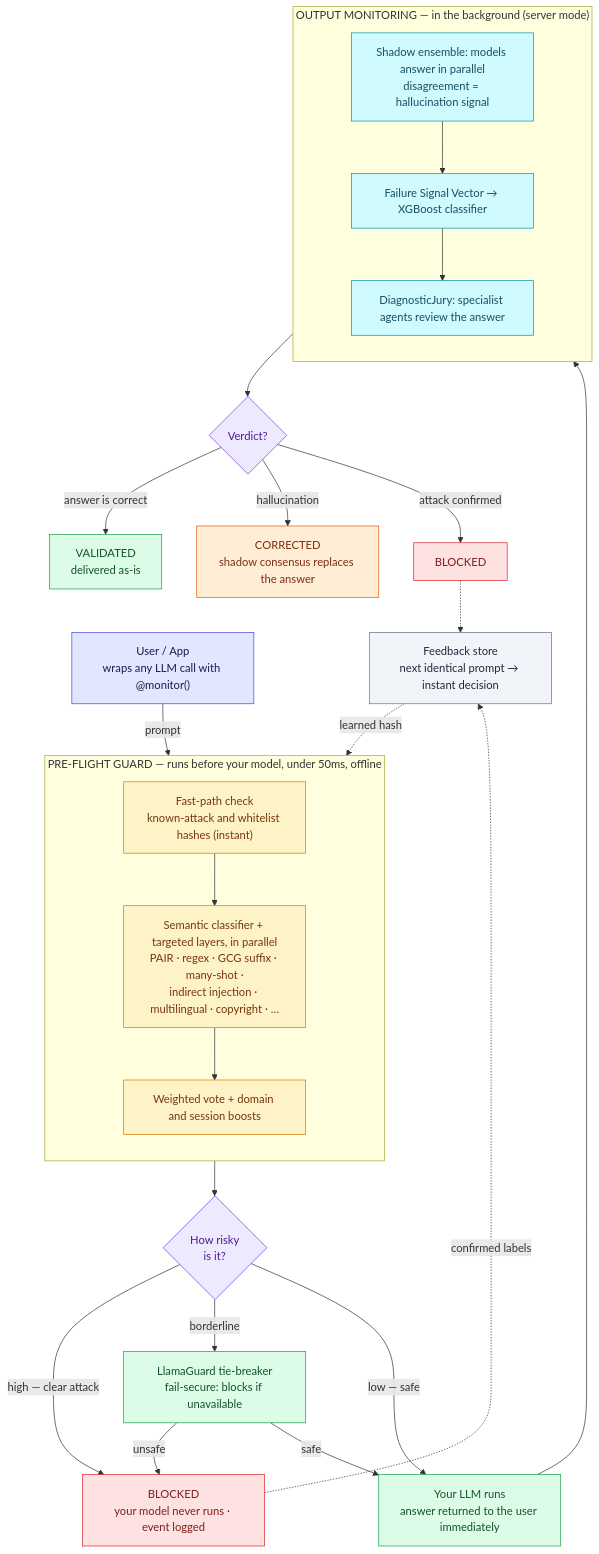
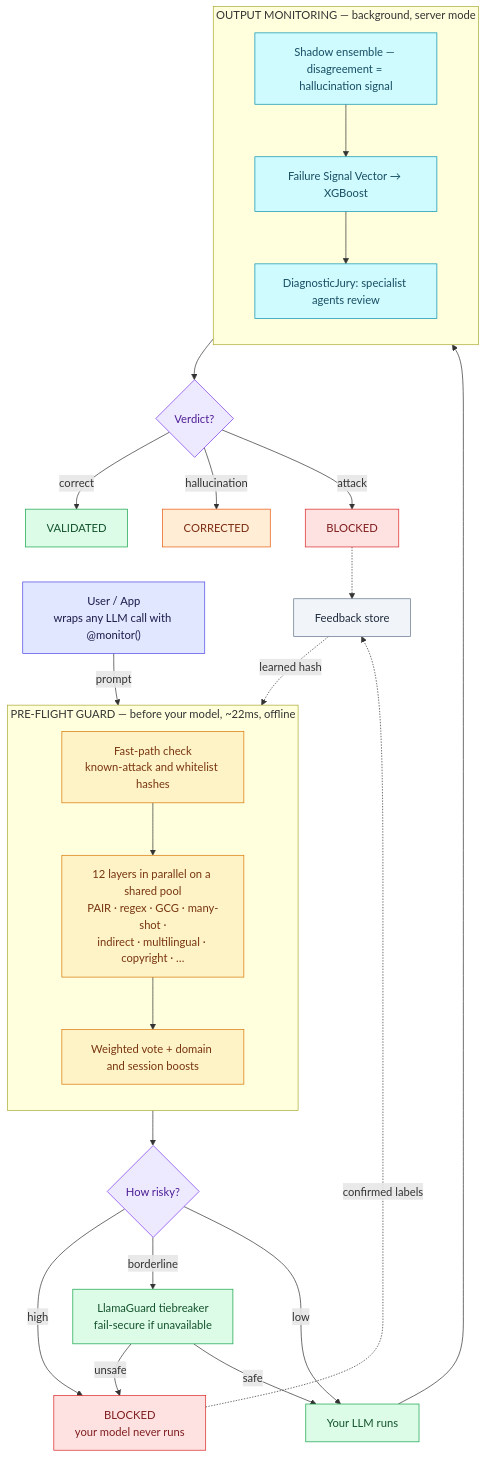
One commit to AyushSingh110/Failure_Intelligence_System changed the diagram in README.md. Above: the diagram before and after it, drawn with Mermaid. The commit also changed other lines of this file and 39 other files, not shown here.

````diff
--- a/README.md
+++ b/README.md
@@ -24,58 +170,57 @@
 ```mermaid
 flowchart TD
     U["User / App<br/>wraps any LLM call with @monitor()"]
     U -->|prompt| FP
 
-    subgraph GUARD["PRE-FLIGHT GUARD — runs before your model, under 50ms, offline"]
+    subgraph GUARD["PRE-FLIGHT GUARD — before your model, ~22ms, offline"]
         direction TB
-        FP["Fast-path check<br/>known-attack and whitelist hashes (instant)"]
-        L["Semantic classifier + targeted layers, in parallel<br/>PAIR · regex · GCG suffix · many-shot ·<br/>indirect injection · multilingual · copyright · …"]
+        FP["Fast-path check<br/>known-attack and whitelist hashes"]
+        L["12 layers in parallel on a shared pool<br/>PAIR · regex · GCG · many-shot ·<br/>indirect · multilingual · copyright · …"]
         AGG["Weighted vote + domain and session boosts"]
         FP --> L --> AGG
     end
 
-    AGG --> ROUTE{"How risky<br/>is it?"}
-    ROUTE -->|"high — clear attack"| BLOCK["BLOCKED<br/>your model never runs · event logged"]
-    ROUTE -->|"borderline"| LG["LlamaGuard tie-breaker<br/>fail-secure: blocks if unavailable"]
-    ROUTE -->|"low — safe"| LLM
+    AGG --> ROUTE{"How risky?"}
+    ROUTE -->|"high"| BLOCK["BLOCKED<br/>your model never runs"]
+    ROUTE -->|"borderline"| LG["LlamaGuard tiebreaker<br/>fail-secure if unavailable"]
+    ROUTE -->|"low"| LLM
     LG -->|unsafe| BLOCK
     LG -->|safe| LLM
 
-    LLM["Your LLM runs<br/>answer returned to the user immediately"]
+    LLM["Your LLM runs"]
     LLM --> MON
 
-    subgraph MON["OUTPUT MONITORING — in the background (server mode)"]
+    subgraph MON["OUTPUT MONITORING — background, server mode"]
         direction TB
-        SHADOW["Shadow ensemble: models answer in parallel<br/>disagreement = hallucination signal"]
-        FSV["Failure Signal Vector → XGBoost classifier"]
-        JURY["DiagnosticJury: specialist agents review the answer"]
+        SHADOW["Shadow ensemble — disagreement = hallucination signal"]
+        FSV["Failure Signal Vector → XGBoost"]
+        JURY["DiagnosticJury: specialist agents review"]
         SHADOW --> FSV --> JURY
     end
 
     MON --> OUT{"Verdict?"}
-    OUT -->|"answer is correct"| VAL["VALIDATED<br/>delivered as-is"]
-    OUT -->|"hallucination"| COR["CORRECTED<br/>shadow consensus replaces the answer"]
-    OUT -->|"attack confirmed"| BLK2["BLOCKED"]
+    OUT -->|correct| VAL["VALIDATED"]
+    OUT -->|hallucination| COR["CORRECTED"]
+    OUT -->|attack| BLK2["BLOCKED"]
 
-    BLOCK -.confirmed labels.-> FB["Feedback store<br/>next identical prompt → instant decision"]
+    BLOCK -.confirmed labels.-> FB["Feedback store"]
     BLK2 -.-> FB
     FB -.learned hash.-> FP
 
-    classDef user   fill:#e0e7ff,stroke:#4f46e5,color:#1e1b4b;
-    classDef guard  fill:#fef3c7,stroke:#d97706,color:#78350f;
-    classDef gate   fill:#ede9fe,stroke:#7c3aed,color:#4c1d95;
-    classDef block  fill:#fee2e2,stroke:#dc2626,color:#7f1d1d;
-    classDef safe   fill:#dcfce7,stroke:#16a34a,color:#14532d;
-    classDef mon    fill:#cffafe,stroke:#0891b2,color:#164e63;
-    classDef warn   fill:#ffedd5,stroke:#ea580c,color:#7c2d12;
-    classDef store  fill:#f1f5f9,stroke:#64748b,color:#1e293b;
-
+    classDef user fill:#e0e7ff,stroke:#4f46e5,color:#1e1b4b;
+    classDef guard fill:#fef3c7,stroke:#d97706,color:#78350f;
+    classDef gate fill:#ede9fe,stroke:#7c3aed,color:#4c1d95;
+    classDef block fill:#fee2e2,stroke:#dc2626,color:#7f1d1d;
+    classDef safe fill:#dcfce7,stroke:#16a34a,color:#14532d;
+    classDef mon fill:#cffafe,stroke:#0891b2,color:#164e63;
+    classDef warn fill:#ffedd5,stroke:#ea580c,color:#7c2d12;
+    classDef store fill:#f1f5f9,stroke:#64748b,color:#1e293b;
     class U user;
     class FP,L,AGG guard;
     class ROUTE,OUT gate;
     class BLOCK,BLK2 block;
     class LLM,LG,VAL safe;
     class SHADOW,FSV,JURY mon;
     class COR warn;
     class FB store;
 ```
````
